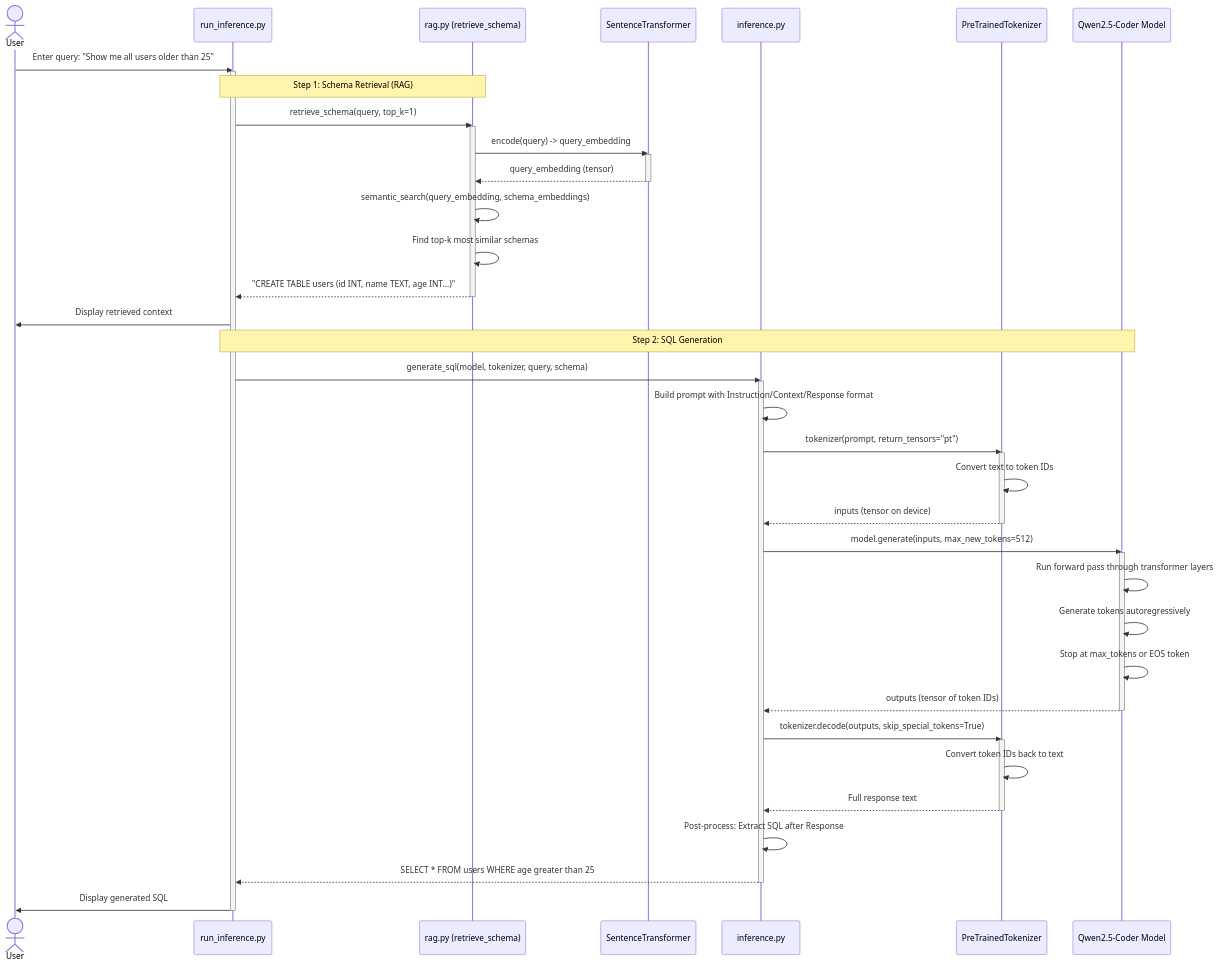
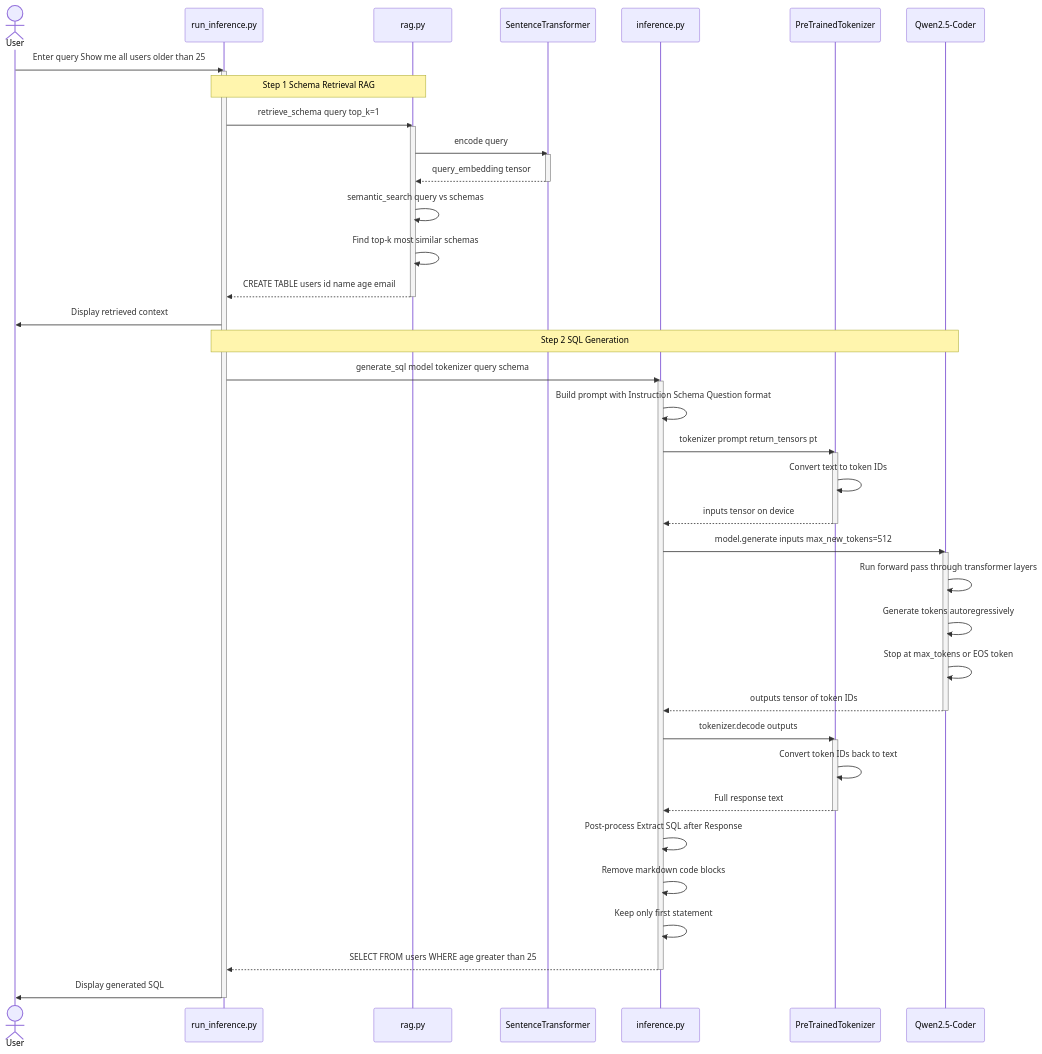
Before and after one commit to nayanjha16/CodeGen-Implementations: the second of 11 diagrams in docs/sequence_diagrams.md, drawn with Mermaid. The commit also changed other lines of this file and 24 other files, not shown here.

````diff
--- a/docs/sequence_diagrams.md
+++ b/docs/sequence_diagrams.md
@@ -64,62 +65,64 @@
 ```mermaid
 sequenceDiagram
     actor User
     participant Main as run_inference.py
-    participant RAG as rag.py (retrieve_schema)
+    participant RAG as rag.py
     participant STModel as SentenceTransformer
     participant Inference as inference.py
     participant Tokenizer as PreTrainedTokenizer
-    participant Model as Qwen2.5-Coder Model
+    participant Model as Qwen2.5-Coder
     
-    User->>Main: Enter query: "Show me all users older than 25"
+    User->>Main: Enter query Show me all users older than 25
     activate Main
     
-    Note over Main,RAG: Step 1: Schema Retrieval (RAG)
-    Main->>RAG: retrieve_schema(query, top_k=1)
+    Note over Main,RAG: Step 1 Schema Retrieval RAG
+    Main->>RAG: retrieve_schema query top_k=1
     activate RAG
     
-    RAG->>STModel: encode(query) -> query_embedding
+    RAG->>STModel: encode query
     activate STModel
-    STModel-->>RAG: query_embedding (tensor)
+    STModel-->>RAG: query_embedding tensor
     deactivate STModel
     
-    RAG->>RAG: semantic_search(query_embedding, schema_embeddings)
+    RAG->>RAG: semantic_search query vs schemas
     RAG->>RAG: Find top-k most similar schemas
-    RAG-->>Main: "CREATE TABLE users (id INT, name TEXT, age INT...)"
+    RAG-->>Main: CREATE TABLE users id name age email
     deactivate RAG
     
     Main->>User: Display retrieved context
     
-    Note over Main,Model: Step 2: SQL Generation
-    Main->>Inference: generate_sql(model, tokenizer, query, schema)
+    Note over Main,Model: Step 2 SQL Generation
+    Main->>Inference: generate_sql model tokenizer query schema
     activate Inference
     
-    Inference->>Inference: Build prompt with Instruction/Context/Response format
+    Inference->>Inference: Build prompt with Instruction Schema Question format
     
-    Inference->>Tokenizer: tokenizer(prompt, return_tensors="pt")
+    Inference->>Tokenizer: tokenizer prompt return_tensors pt
     activate Tokenizer
     Tokenizer->>Tokenizer: Convert text to token IDs
-    Tokenizer-->>Inference: inputs (tensor on device)
+    Tokenizer-->>Inference: inputs tensor on device
     deactivate Tokenizer
     
-    Inference->>Model: model.generate(inputs, max_new_tokens=512)
+    Inference->>Model: model.generate inputs max_new_tokens=512
     activate Model
     Model->>Model: Run forward pass through transformer layers
     Model->>Model: Generate tokens autoregressively
     Model->>Model: Stop at max_tokens or EOS token
-    Model-->>Inference: outputs (tensor of token IDs)
+    Model-->>Inference: outputs tensor of token IDs
     deactivate Model
     
-    Inference->>Tokenizer: tokenizer.decode(outputs, skip_special_tokens=True)
+    Inference->>Tokenizer: tokenizer.decode outputs
     activate Tokenizer
     Tokenizer->>Tokenizer: Convert token IDs back to text
     Tokenizer-->>Inference: Full response text
     deactivate Tokenizer
     
-    Inference->>Inference: Post-process: Extract SQL after Response
-    Inference-->>Main: SELECT * FROM users WHERE age greater than 25
+    Inference->>Inference: Post-process Extract SQL after Response
+    Inference->>Inference: Remove markdown code blocks
+    Inference->>Inference: Keep only first statement
+    Inference-->>Main: SELECT FROM users WHERE age greater than 25
     deactivate Inference
     
     Main->>User: Display generated SQL
     deactivate Main
 ```
````
